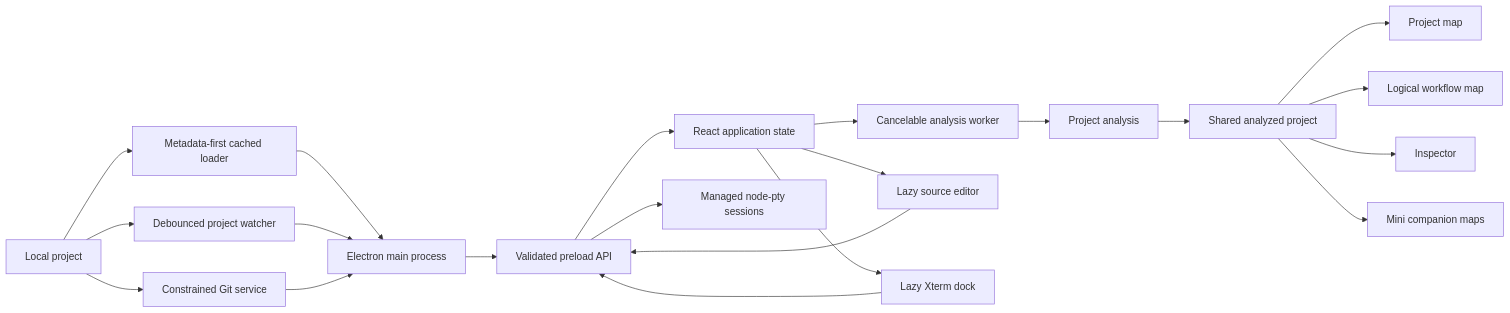
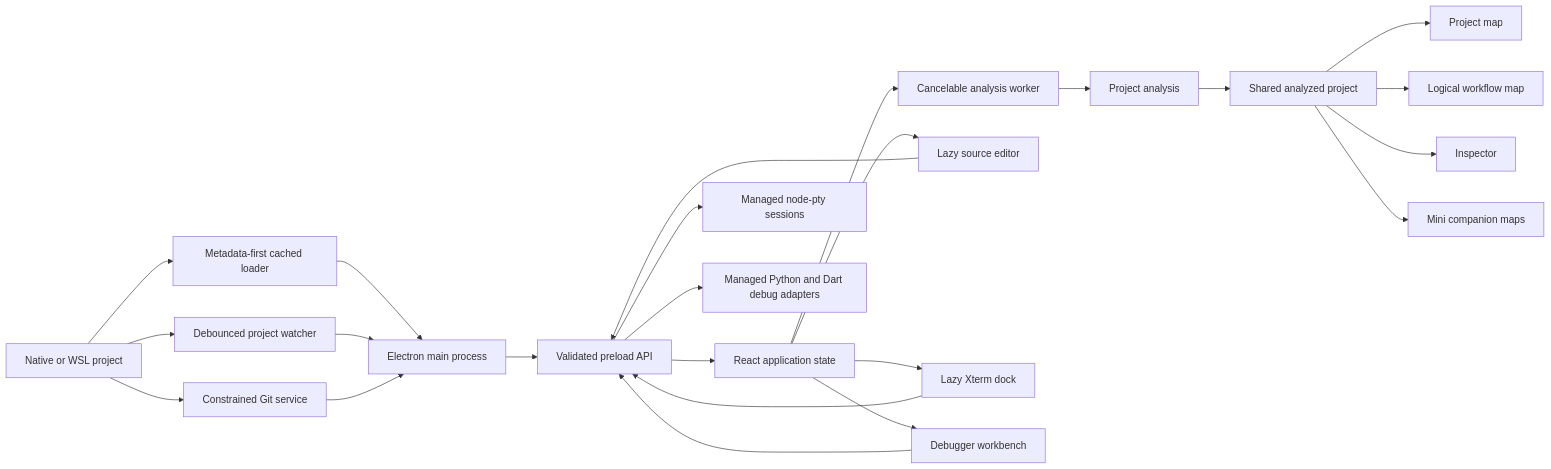
Before and after one commit to Jounaydh/Divex_visualizer: the diagram in docs/ARCHITECTURE.md, drawn with Mermaid. The commit also changed other lines of this file and 113 other files, not shown here.

````diff
--- a/docs/ARCHITECTURE.md
+++ b/docs/ARCHITECTURE.md
@@ -9,23 +9,26 @@
 ```mermaid
 flowchart LR
-  FS["Local project"] --> LOADER["Metadata-first cached loader"]
+  FS["Native or WSL project"] --> LOADER["Metadata-first cached loader"]
   FS --> WATCH["Debounced project watcher"]
   FS --> GIT["Constrained Git service"]
   LOADER --> MAIN["Electron main process"]
   WATCH --> MAIN
   GIT --> MAIN
   MAIN --> IPC["Validated preload API"]
   IPC --> APP["React application state"]
   APP --> WORKER["Cancelable analysis worker"]
   WORKER --> ANALYSIS["Project analysis"]
   ANALYSIS --> MODEL["Shared analyzed project"]
   MODEL --> PMAP["Project map"]
   MODEL --> LMAP["Logical workflow map"]
   MODEL --> INSPECT["Inspector"]
   MODEL --> MINI["Mini companion maps"]
   APP --> EDITOR["Lazy source editor"]
   EDITOR --> IPC
   APP --> XTERM["Lazy Xterm dock"]
   XTERM --> IPC
   IPC --> PTY["Managed node-pty sessions"]
+  APP --> DEBUGUI["Debugger workbench"]
+  DEBUGUI --> IPC
+  IPC --> DAP["Managed Python and Dart debug adapters"]
 ```
````
